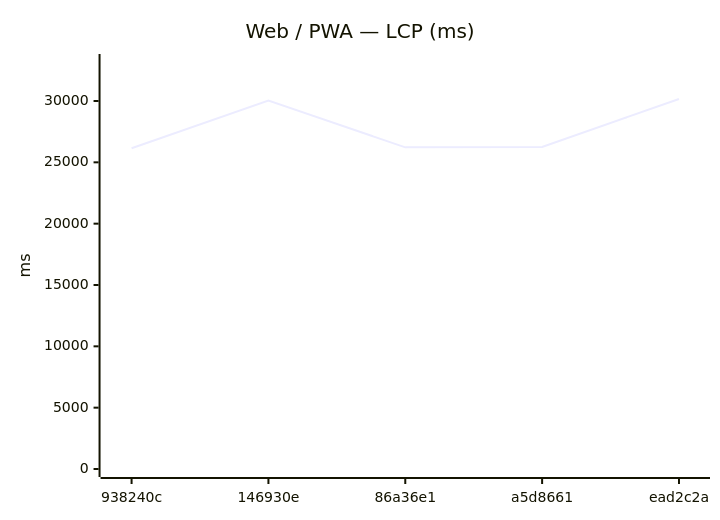
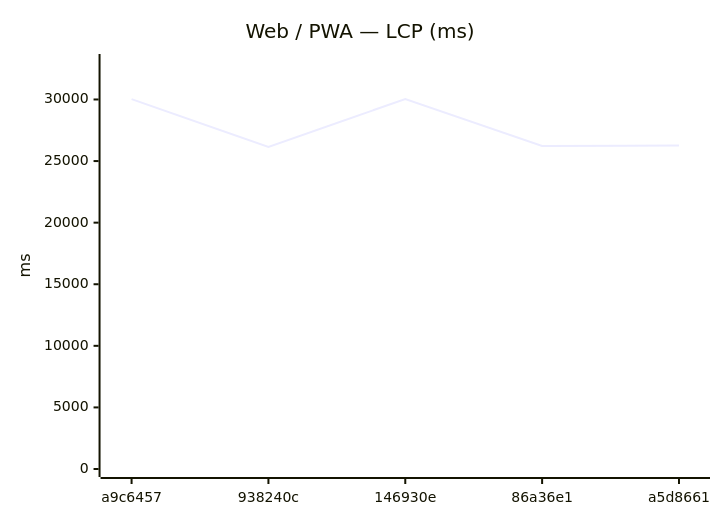
Before and after one commit to Metaheurist/Rianell: the fifth of 12 diagrams in benchmarks/compare.md, drawn with Mermaid. The commit also changed other lines of this file and 8 other files, not shown here.

````diff
--- a/benchmarks/compare.md
+++ b/benchmarks/compare.md
@@ -82,7 +82,7 @@
 ```mermaid
 xychart-beta
     title "Web / PWA — LCP (ms)"
-    x-axis ["938240c", "146930e", "86a36e1", "a5d8661", "ead2c2a"]
-    y-axis "ms" 0 --> 33179
-    line [26143, 30039, 26222, 26258, 30162]
+    x-axis ["a9c6457", "938240c", "146930e", "86a36e1", "a5d8661"]
+    y-axis "ms" 0 --> 33043
+    line [30029, 26143, 30039, 26222, 26258]
 ```
````
